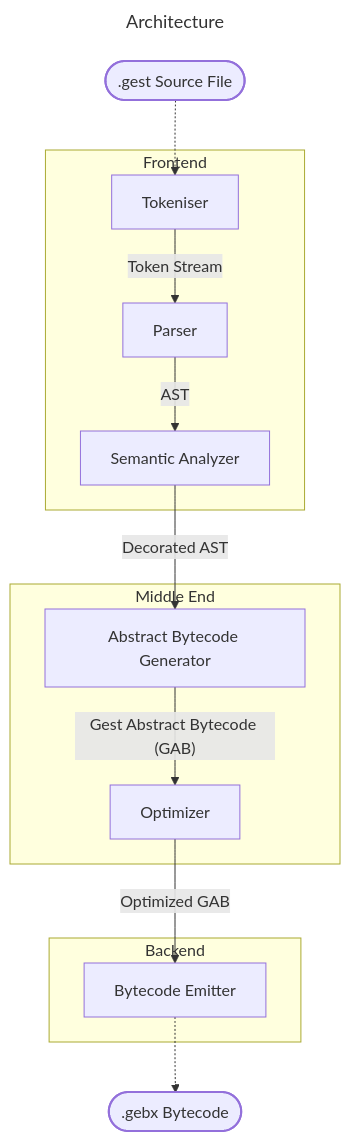
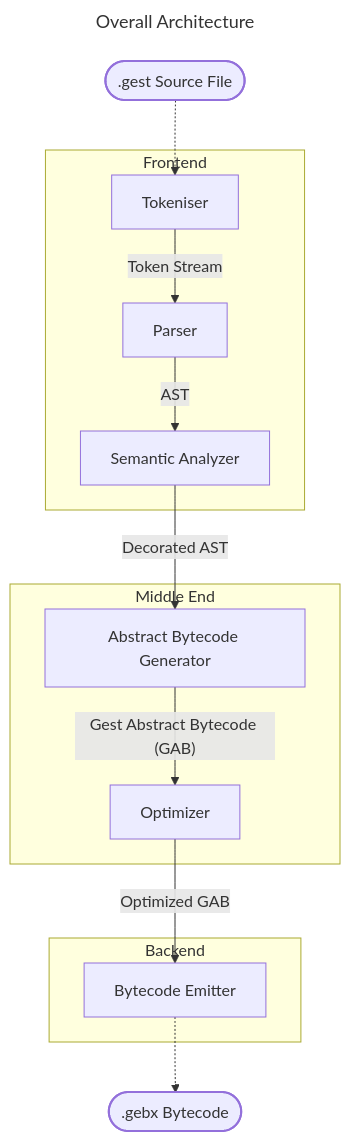
One commit to kaiserthe13th/gest changed the first of 2 diagrams in DESIGN.md. Above: the diagram before and after it, drawn with Mermaid. The commit also changed other lines of this file, not shown here.

Commit message:
add tokenizer diagram, showing parallel processing

````diff
--- a/DESIGN.md
+++ b/DESIGN.md
@@ -273,28 +275,28 @@
 ```mermaid
 ---
-title: Architecture
+title: Overall Architecture
 ---
 graph TD
     Source([".gest Source File"]) .-> Tokeniser[Tokeniser]
 
     subgraph Frontend
         Tokeniser -->|"Token Stream"| Parser
         Parser -->|AST| Semantic[Semantic Analyzer]
     end
 
     subgraph Middle End
         Semantic -->|Decorated AST| AbsByteGen[Abstract Bytecode Generator]
         AbsByteGen -->|"Gest Abstract Bytecode (GAB)"| Optimizer[Optimizer]
     end
 
     Target([".gebx Bytecode"])
 
     subgraph Backend
         Optimizer -->|Optimized GAB| ByteGen[Bytecode Emitter]
     end
 
     ByteGen .-> Target
 
     style Source stroke-width:2px
     style Target stroke-width:2px
 ```
````
